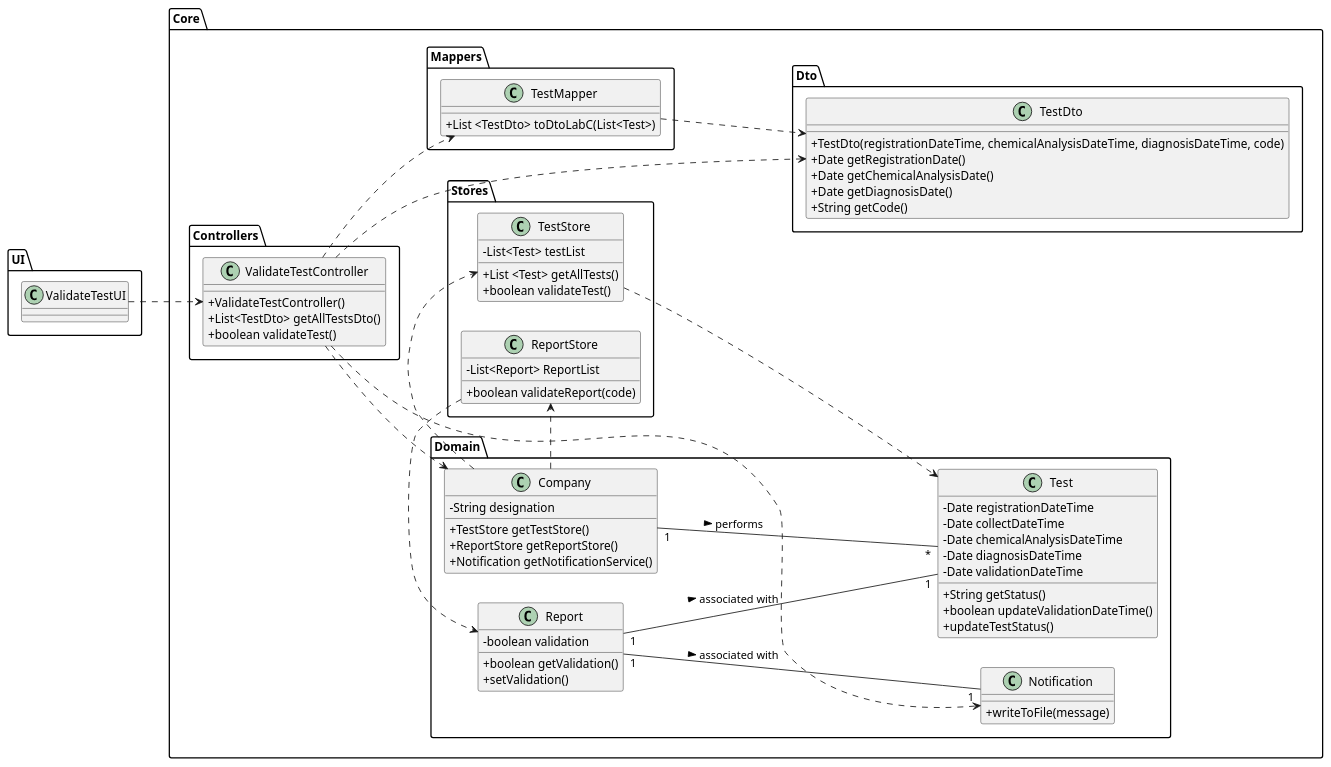
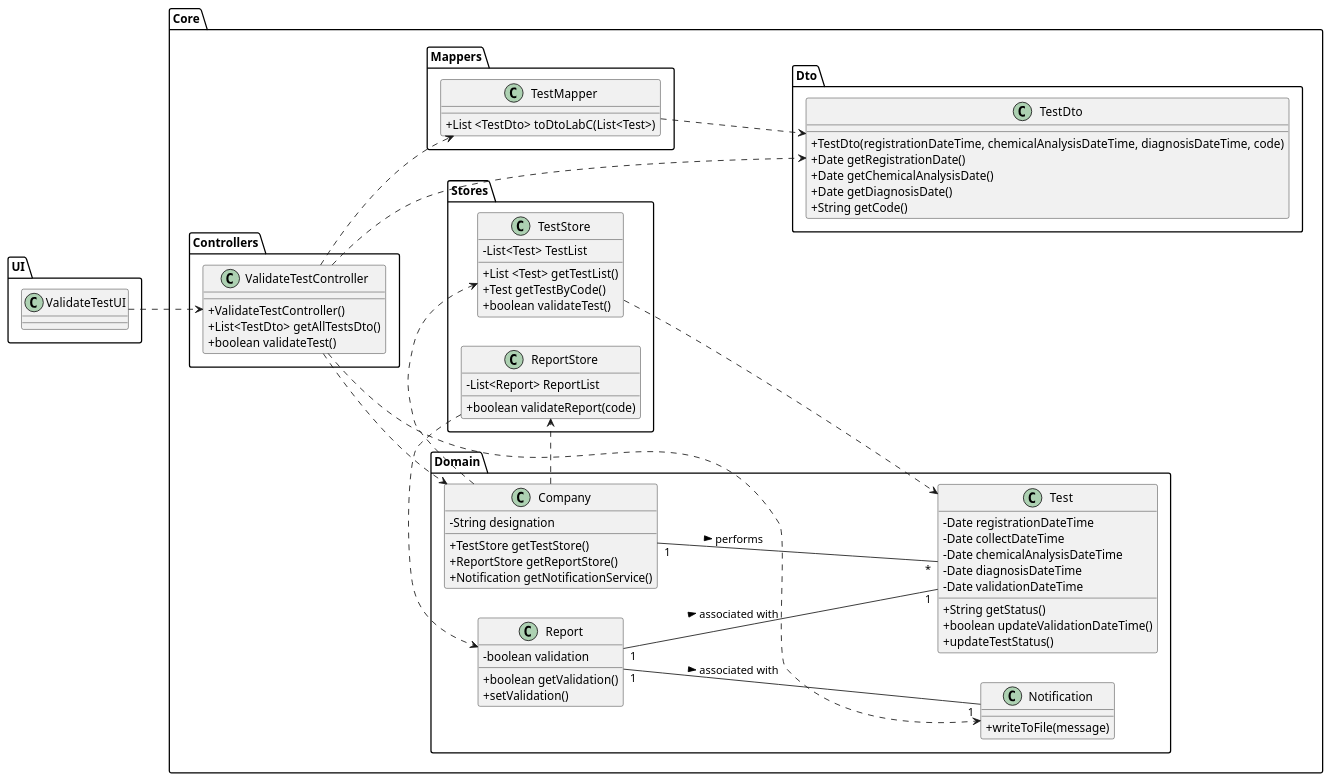
One commit to 0franciscor/lei-21-s2-1de-g19 changed the diagram in docs/SprintC/US15/US15-CD.puml. Above: the diagram before and after it, drawn with PlantUML. The commit also changed 5 other files, not shown here.

```diff
--- a/docs/SprintC/US15/US15-CD.puml
+++ b/docs/SprintC/US15/US15-CD.puml
@@ -1,110 +1,111 @@
 @startuml
 skinparam classAttributeIconSize 0
 left to right direction
 
 package Core{
 
 package Domain{
 class "Company" as C {
 -String designation
 +TestStore getTestStore()
 +ReportStore getReportStore()
 +Notification getNotificationService()
 }
 
 class "Test" as T {
 -Date registrationDateTime
 -Date collectDateTime
 -Date chemicalAnalysisDateTime
 -Date diagnosisDateTime
 -Date validationDateTime
 +String getStatus()
 +boolean updateValidationDateTime()
 +updateTestStatus()
 }
 
 class "Report" as R{
 -boolean validation
 +boolean getValidation()
-+ setValidation()
++setValidation()
 }
 
 class "Notification" as N{
 + writeToFile(message)
 }
 
 }
 
 package Stores{
 class "TestStore" as TS{
--List<Test> testList
-+List <Test> getAllTests()
+-List<Test> TestList
++List <Test> getTestList()
++Test getTestByCode()
 +boolean validateTest()
 }
 
 class "ReportStore" as RS{
 -List<Report> ReportList
 +boolean validateReport(code)
 }
 }
 
 
 
 package Controllers{
 class "ValidateTestController" as VTC {
 +ValidateTestController()
 +List<TestDto> getAllTestsDto()
 +boolean validateTest()
 }
 
 
 
 
 
 }
 
 package Mappers{
 class "TestMapper" as tM{
 +List <TestDto> toDtoLabC(List<Test>)
 }
 
 }
 
 
 package Dto{
 class "TestDto" as tDto{
 +TestDto(registrationDateTime, chemicalAnalysisDateTime, diagnosisDateTime, code)
 +Date getRegistrationDate()
 +Date getChemicalAnalysisDate()
 +Date getDiagnosisDate()
 +String getCode()
 }
 
 
 
 }
 
 }
 package UI{
 class "ValidateTestUI" as VTUI
 }
 
 VTUI ..> VTC
 
 C ..> TS
 C ..> RS
 VTC ..> C
 VTC ..> tM
 VTC ..> tDto
 VTC ..> N
 
 TS ..> T
 tM ..> tDto
 
 C "1" -- "*" T : > performs
 
 RS ..> R
 R "1" -- "1" T : > associated with
 R "1" -- "1" N : > associated with
 
 @enduml
```
